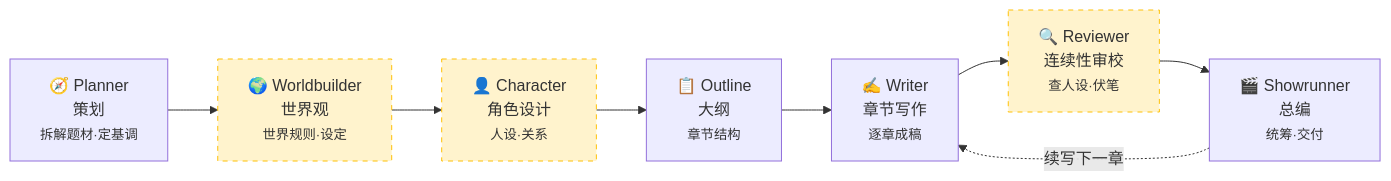
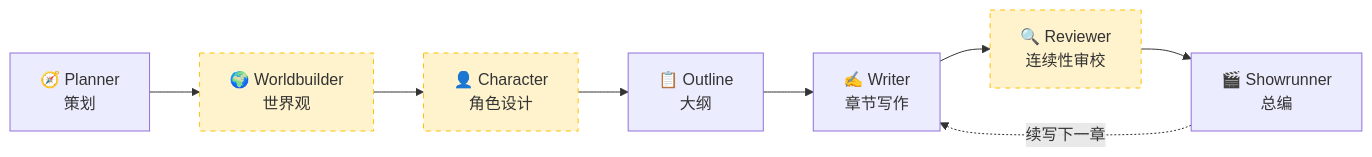
One commit to wwxxzz666/Mo-Shen changed the diagram in README.md. Above: the diagram before and after it, drawn with Mermaid. The commit also changed other lines of this file and 2 other files, not shown here.

````diff
--- a/README.md
+++ b/README.md
@@ -70,13 +118,13 @@
 ```mermaid
 flowchart LR
-    P["🧭 Planner<br/>策划<br/><small>拆解题材·定基调</small>"] --> W["🌍 Worldbuilder<br/>世界观<br/><small>世界规则·设定</small>"]
-    W --> C["👤 Character<br/>角色设计<br/><small>人设·关系</small>"]
-    C --> O["📋 Outline<br/>大纲<br/><small>章节结构</small>"]
-    O --> CW["✍️ Writer<br/>章节写作<br/><small>逐章成稿</small>"]
-    CW --> R["🔍 Reviewer<br/>连续性审校<br/><small>查人设·伏笔</small>"]
-    R --> S["🎬 Showrunner<br/>总编<br/><small>统筹·交付</small>"]
+    P["🧭 Planner<br/>策划"] --> W["🌍 Worldbuilder<br/>世界观"]
+    W --> C["👤 Character<br/>角色设计"]
+    C --> O["📋 Outline<br/>大纲"]
+    O --> CW["✍️ Writer<br/>章节写作"]
+    CW --> R["🔍 Reviewer<br/>连续性审校"]
+    R --> S["🎬 Showrunner<br/>总编"]
     S -. 续写下一章 .-> CW
 
     classDef optional fill:#fff3cd,stroke:#ffc107,stroke-dasharray: 5 5;
     class W,C,R optional;
 ```
````
